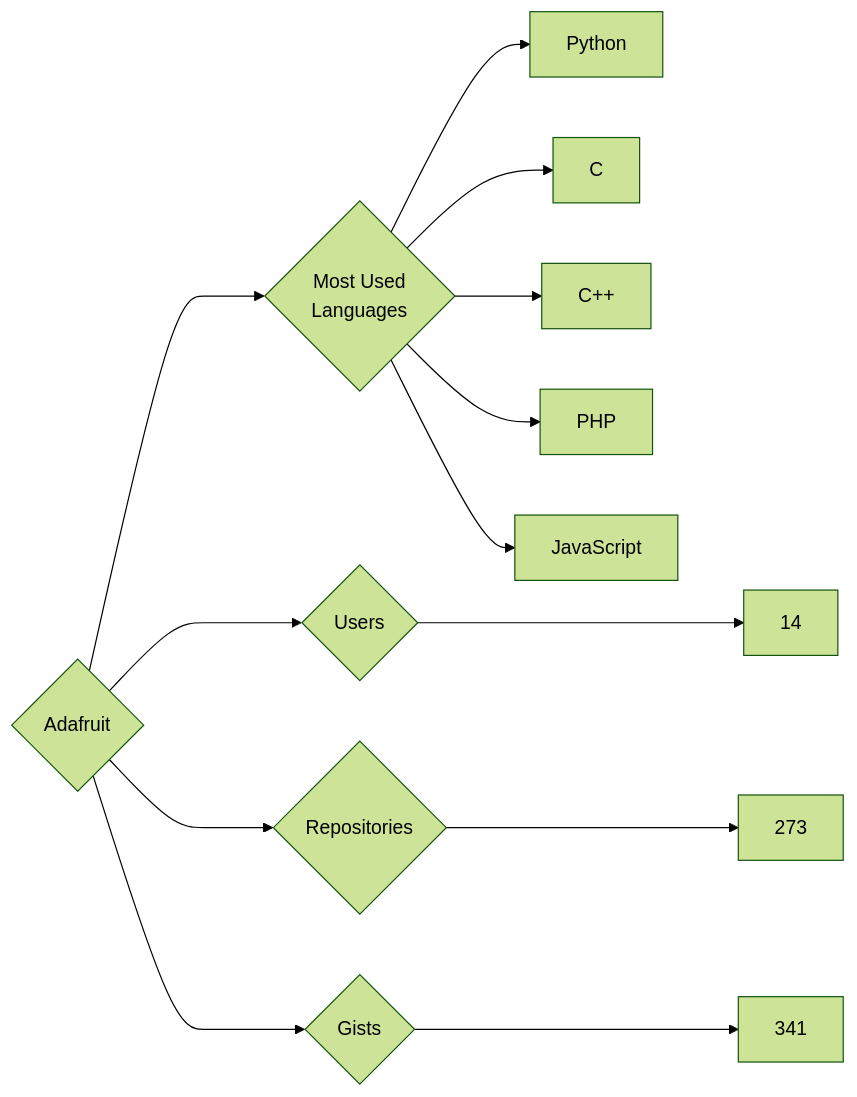
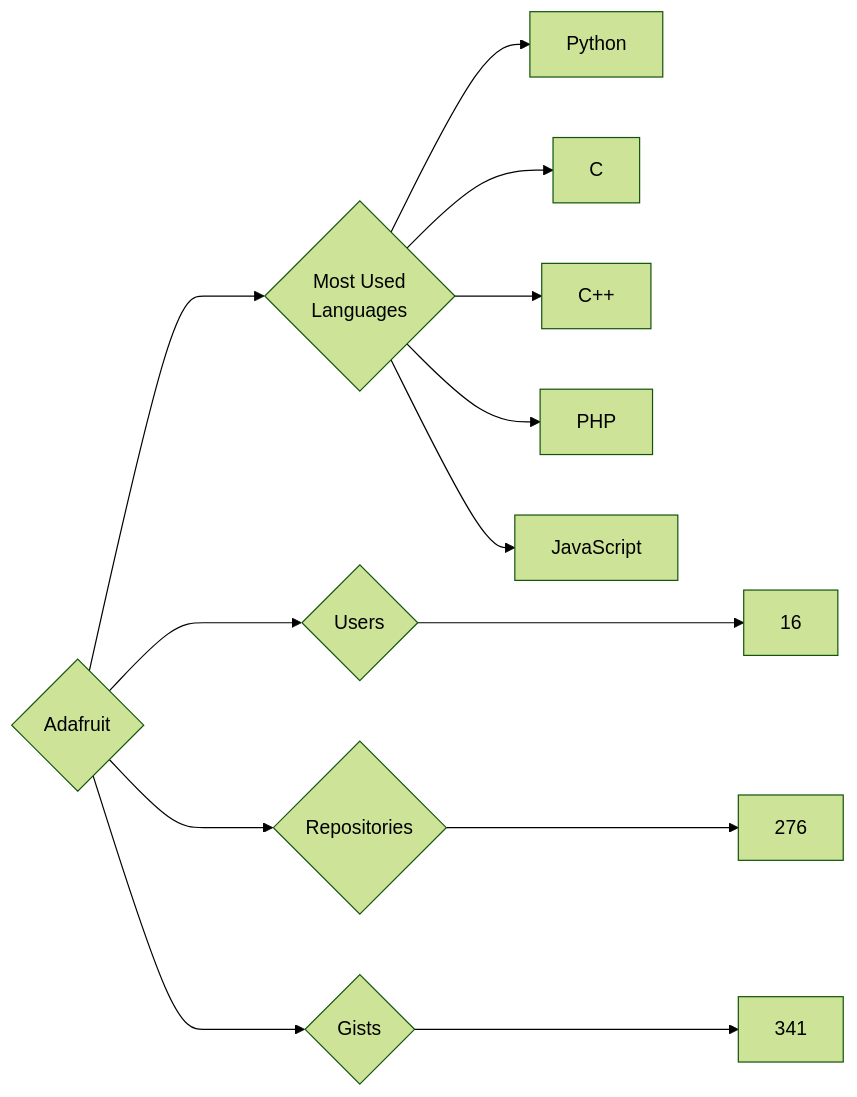
One commit to trickest/insiders changed the diagram in targets/Adafruit/README.md. Above: the diagram before and after it, drawn with Mermaid (forest theme). The commit also changed 1084 other files, not shown here.

````diff
--- a/targets/Adafruit/README.md
+++ b/targets/Adafruit/README.md
@@ -3,13 +3,13 @@
 ```mermaid
 graph LR
 COMPANY_NAME{Adafruit}
-COMPANY_NAME ---> U{Users} ---> UN[14]
-COMPANY_NAME ---> R{Repositories} ---> RN[273]
+COMPANY_NAME ---> U{Users} ---> UN[16]
+COMPANY_NAME ---> R{Repositories} ---> RN[276]
 COMPANY_NAME ---> G{Gists} ---> GN[341]
 COMPANY_NAME ---> ML{Most Used<br>Languages}
 ML --> Python[Python]
 ML --> C[C]
 ML --> C++[C++]
 ML --> PHP[PHP]
 ML --> JavaScript[JavaScript]
 ```
````
